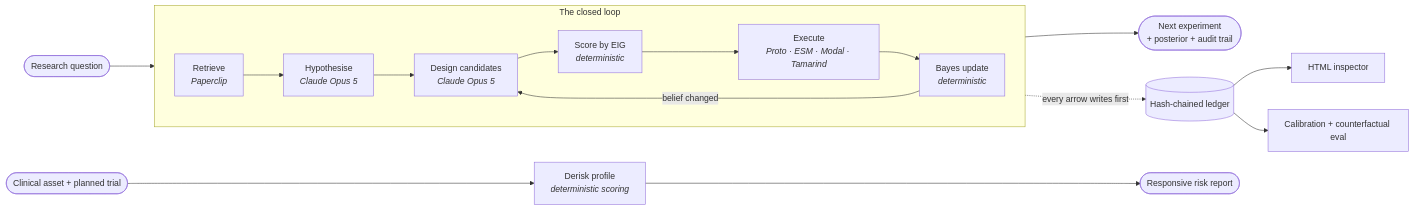
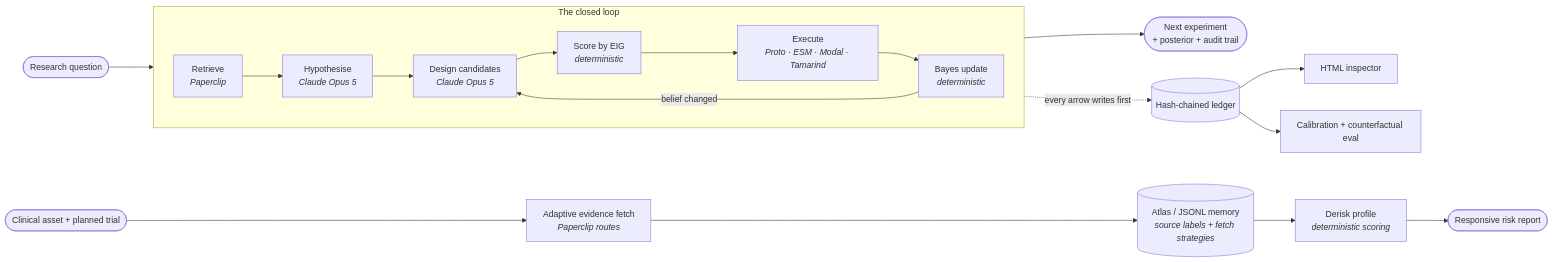
One commit to sameernagar-hub/probception changed the diagram in README.md. Above: the diagram before and after it, drawn with Mermaid. The commit also changed other lines of this file, not shown here.

````diff
--- a/README.md
+++ b/README.md
@@ -88,23 +108,25 @@
 ```mermaid
 flowchart LR
     Q([Research question]) --> R
 
     subgraph LOOP["The closed loop"]
         direction LR
         R[Retrieve<br/><i>Paperclip</i>] --> H[Hypothesise<br/><i>Claude Opus 5</i>]
         H --> D[Design candidates<br/><i>Claude Opus 5</i>]
         D --> S[Score by EIG<br/><i>deterministic</i>]
         S --> X[Execute<br/><i>Proto · ESM · Modal · Tamarind</i>]
         X --> U[Bayes update<br/><i>deterministic</i>]
         U -->|belief changed| D
     end
 
     U --> P([Next experiment<br/>+ posterior + audit trail])
 
     LOOP -.every arrow writes first.-> L[(Hash-chained ledger)]
     L --> I[HTML inspector]
     L --> E[Calibration + counterfactual eval]
 
-    C([Clinical asset + planned trial]) --> RP[Derisk profile<br/><i>deterministic scoring</i>]
+    C([Clinical asset + planned trial]) --> F[Adaptive evidence fetch<br/><i>Paperclip routes</i>]
+    F --> M[(Atlas / JSONL memory<br/><i>source labels + fetch strategies</i>)]
+    M --> RP[Derisk profile<br/><i>deterministic scoring</i>]
     RP --> RPT([Responsive risk report])
 ```
````
